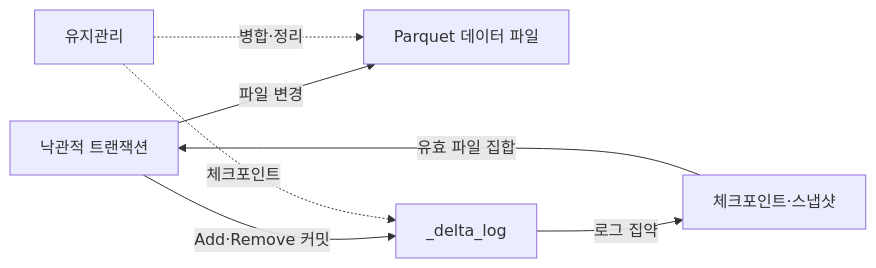
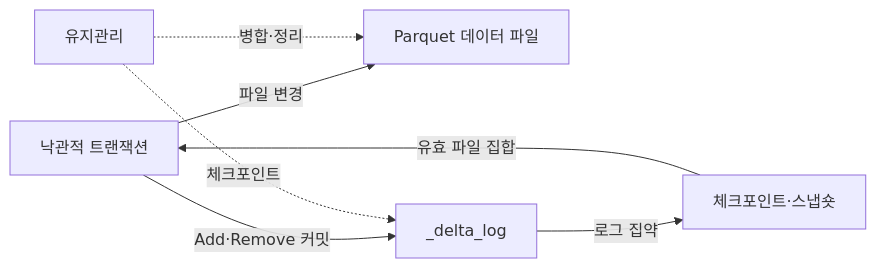
The first of 2 diagrams in src/content/docs/notes/03-software/127_delta_lake.md (agnusdei1207/knowledge-base), drawn with Mermaid before and after one commit. The commit also changed other lines of this file and 7 other files, not shown here.

````diff
--- a/src/content/docs/notes/03-software/127_delta_lake.md
+++ b/src/content/docs/notes/03-software/127_delta_lake.md
@@ -57,9 +56,9 @@
 ```mermaid
 flowchart LR
     E[낙관적 트랜잭션] -->|파일 변경| D[Parquet 데이터 파일]
     E -->|Add·Remove 커밋| L[_delta_log]
-    L -->|로그 집약| C[체크포인트·스냅샷]
+    L -->|로그 집약| C[체크포인트·스냅숏]
     C -->|유효 파일 집합| E
     M[유지관리] -.->|병합·정리| D
     M -.->|체크포인트| L
 ```
````
